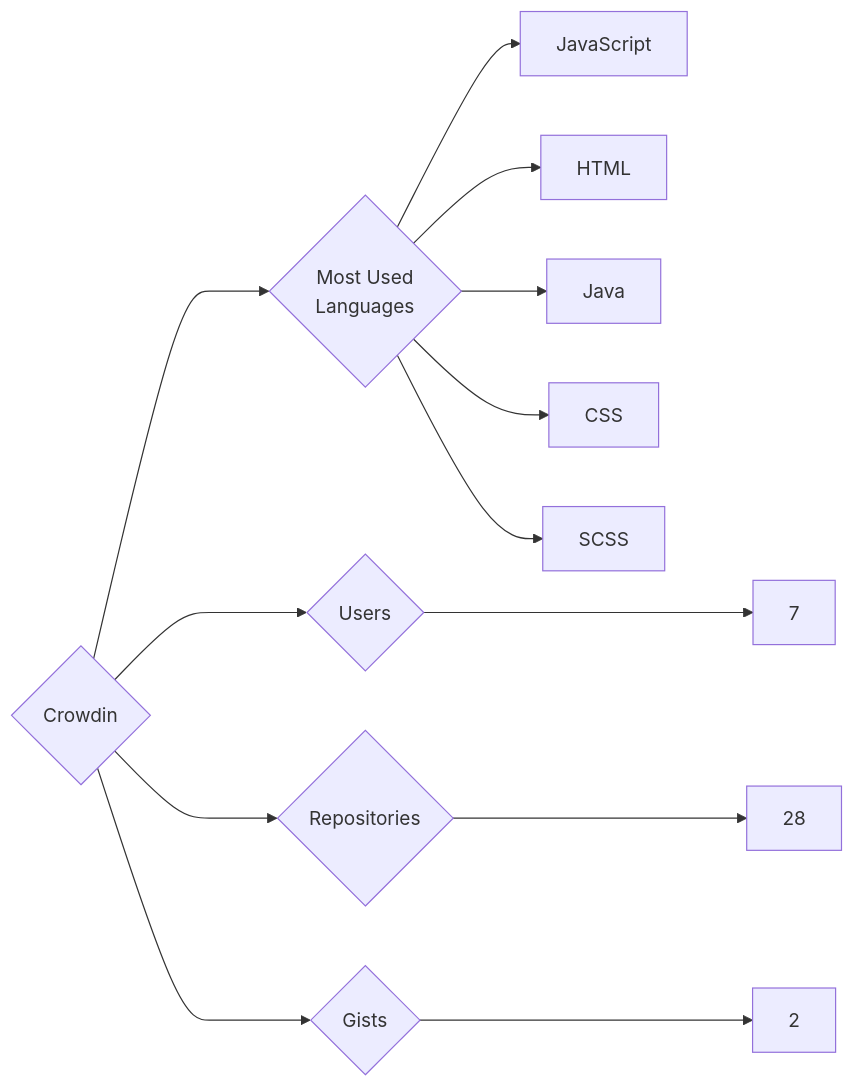
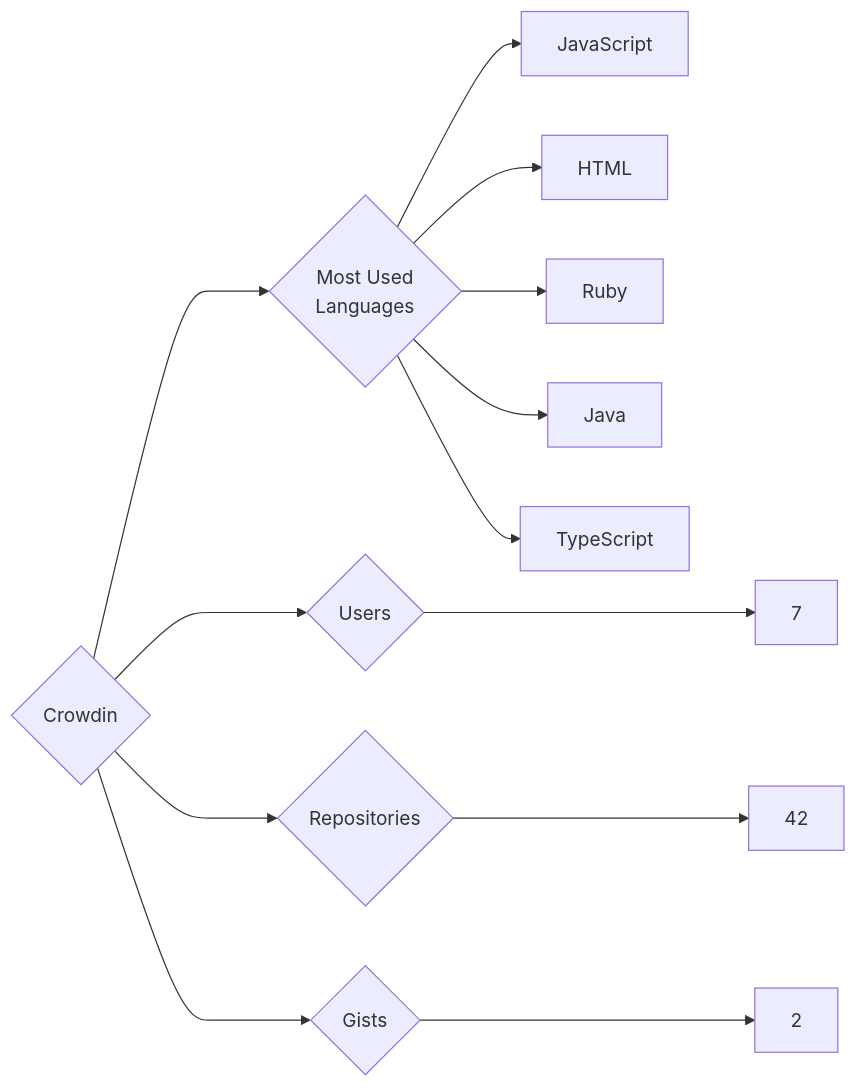
Before and after one commit to trickest/insiders: the diagram in targets/Crowdin/README.md, drawn with Mermaid. The commit also changed 859 other files, not shown here.

````diff
--- a/targets/Crowdin/README.md
+++ b/targets/Crowdin/README.md
@@ -3,13 +3,13 @@
 ```mermaid
 graph LR
 COMPANY_NAME{Crowdin}
 COMPANY_NAME ---> U{Users} ---> UN[7]
-COMPANY_NAME ---> R{Repositories} ---> RN[28]
+COMPANY_NAME ---> R{Repositories} ---> RN[42]
 COMPANY_NAME ---> G{Gists} ---> GN[2]
 COMPANY_NAME ---> ML{Most Used<br>Languages}
 ML --> JavaScript[JavaScript]
 ML --> HTML[HTML]
+ML --> Ruby[Ruby]
 ML --> Java[Java]
-ML --> CSS[CSS]
-ML --> SCSS[SCSS]
+ML --> TypeScript[TypeScript]
 ```
````
